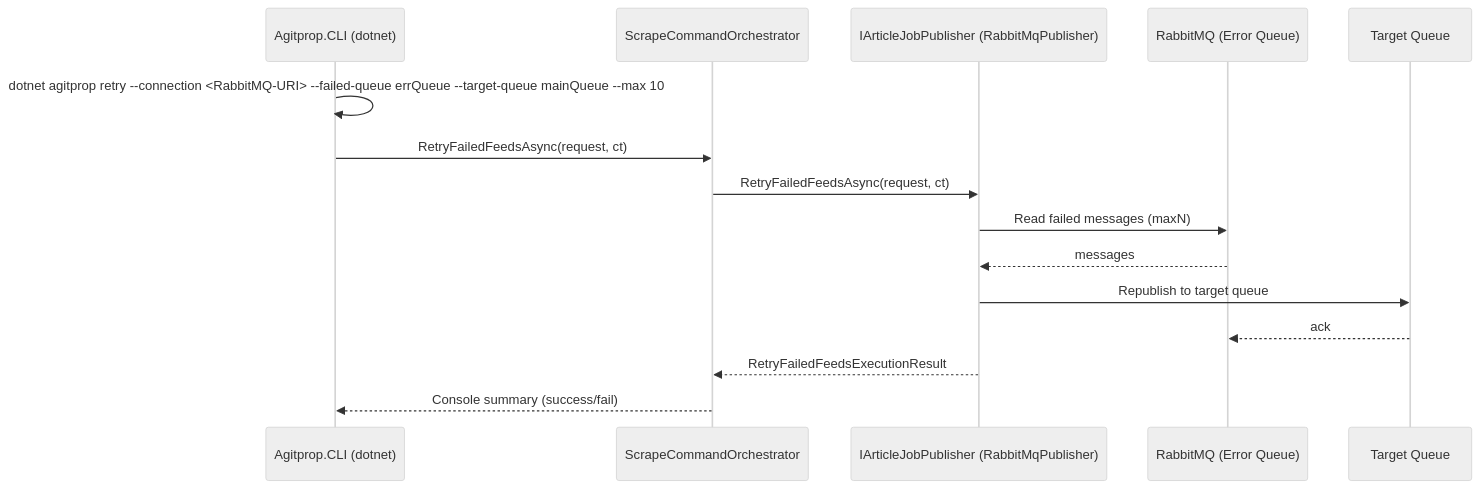
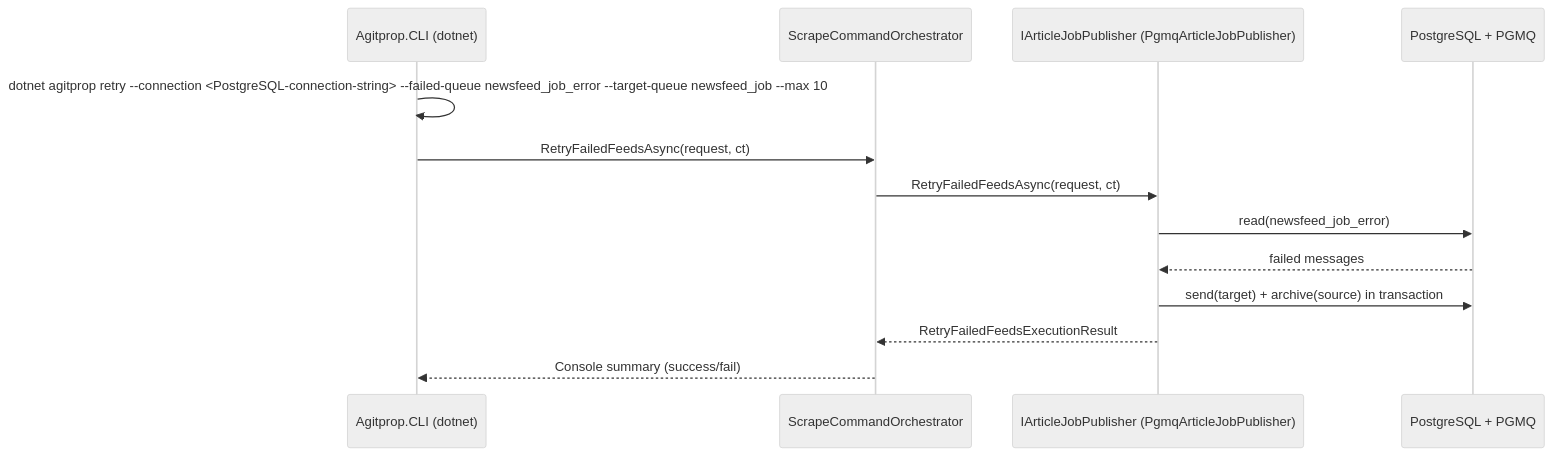
Before and after one commit to Fortyfei/AgitpropScraper: the eighth of 8 diagrams in .docs/pipelines.md, drawn with Mermaid (neutral theme). The commit also changed other lines of this file and 39 other files, not shown here.

````diff
--- a/.docs/pipelines.md
+++ b/.docs/pipelines.md
@@ -183,18 +183,16 @@
 ```mermaid
 sequenceDiagram
     participant CLI as Agitprop.CLI (dotnet)
     participant ORCH as ScrapeCommandOrchestrator
-    participant PUBLISHER as IArticleJobPublisher (RabbitMqPublisher)
-    participant MQ as RabbitMQ (Error Queue)
-    participant TARGET as Target Queue
+    participant PUBLISHER as IArticleJobPublisher (PgmqArticleJobPublisher)
+    participant DB as PostgreSQL + PGMQ
 
-    CLI->>CLI: dotnet agitprop retry --connection <RabbitMQ-URI> --failed-queue errQueue --target-queue mainQueue --max 10
+    CLI->>CLI: dotnet agitprop retry --connection <PostgreSQL-connection-string> --failed-queue newsfeed_job_error --target-queue newsfeed_job --max 10
     CLI->>ORCH: RetryFailedFeedsAsync(request, ct)
     ORCH->>PUBLISHER: RetryFailedFeedsAsync(request, ct)
-    PUBLISHER->>MQ: Read failed messages (maxN)
-    MQ-->>PUBLISHER: messages
-    PUBLISHER->>TARGET: Republish to target queue
-    TARGET-->>MQ: ack
+    PUBLISHER->>DB: read(newsfeed_job_error)
+    DB-->>PUBLISHER: failed messages
+    PUBLISHER->>DB: send(target) + archive(source) in transaction
     PUBLISHER-->>ORCH: RetryFailedFeedsExecutionResult
     ORCH-->>CLI: Console summary (success/fail)
 ```
````
